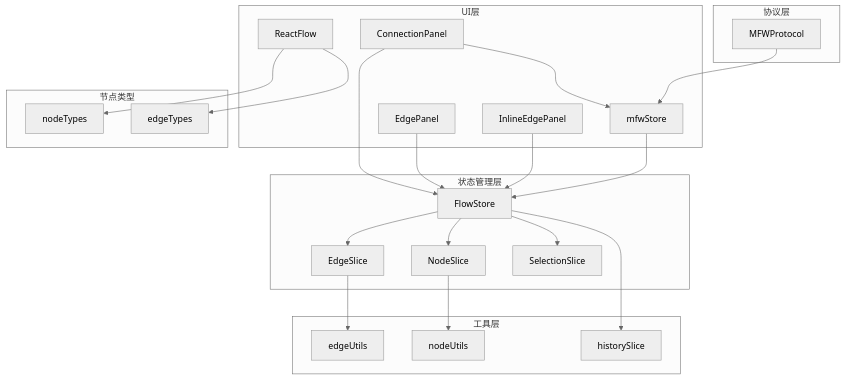
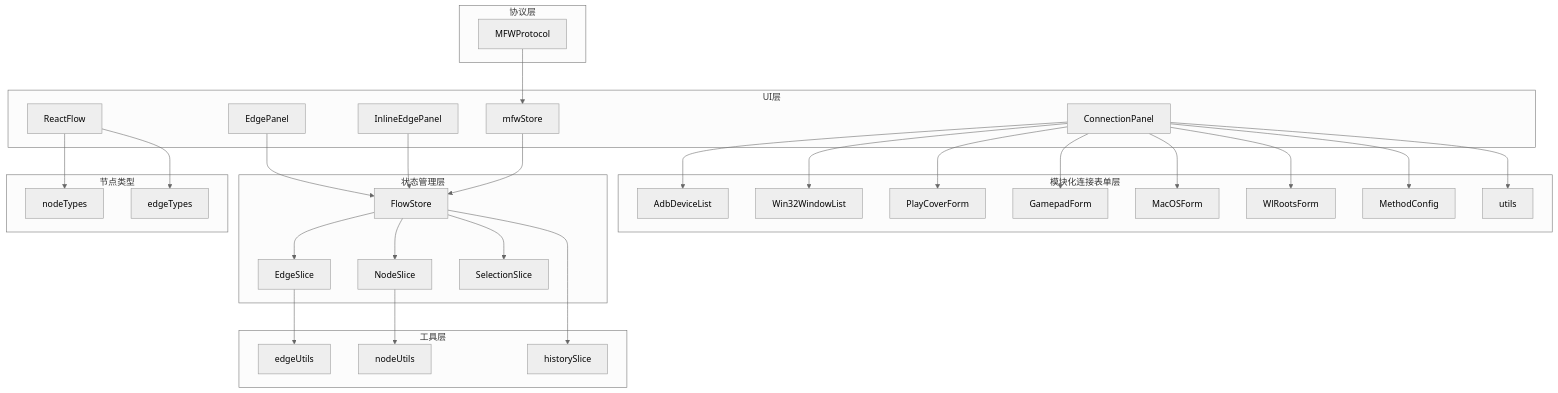
The tenth of 10 diagrams in .qoder/repowiki/zh/content/用户界面/面板系统/连接面板.md (kqcoxn/MaaPipelineEditor), drawn with Mermaid (neutral theme) before and after one commit. The commit also changed other lines of this file and 6 other files, not shown here.

````diff
--- a/.qoder/repowiki/zh/content/用户界面/面板系统/连接面板.md
+++ b/.qoder/repowiki/zh/content/用户界面/面板系统/连接面板.md
@@ -414,42 +620,58 @@
 ```mermaid
 graph TB
 subgraph "UI层"
 CP[ConnectionPanel]
 EP[EdgePanel]
 IEP[InlineEdgePanel]
 RF[ReactFlow]
 MFW[mfwStore]
+end
+subgraph "模块化连接表单层"
+AF[AdbDeviceList]
+WF[Win32WindowList]
+PCF[PlayCoverForm]
+GF[GamepadForm]
+WR[MacOSForm]
+WL[WlRootsForm]
+MC[MethodConfig]
+UT[utils]
 end
 subgraph "状态管理层"
 FS[FlowStore]
 ES[EdgeSlice]
 NS[NodeSlice]
 SS[SelectionSlice]
 end
 subgraph "协议层"
 MFWP[MFWProtocol]
 end
 subgraph "工具层"
 EU[edgeUtils]
 NU[nodeUtils]
 HC[historySlice]
 end
 subgraph "节点类型"
 NT[nodeTypes]
 ET[edgeTypes]
 end
-CP --> FS
-CP --> MFW
+CP --> AF
+CP --> WF
+CP --> PCF
+CP --> GF
+CP --> WR
+CP --> WL
+CP --> MC
+CP --> UT
 EP --> FS
 IEP --> FS
 FS --> ES
 FS --> NS
 FS --> SS
 ES --> EU
 NS --> NU
 FS --> HC
 RF --> NT
 RF --> ET
 MFWP --> MFW
 MFW --> FS
 ```
````
